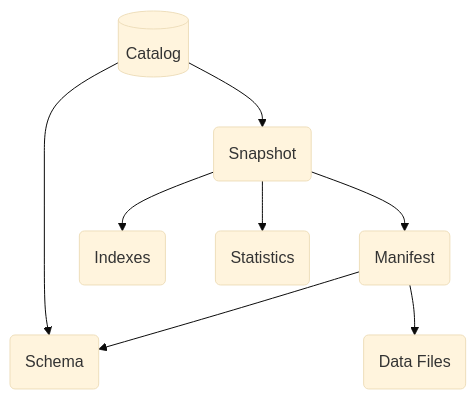
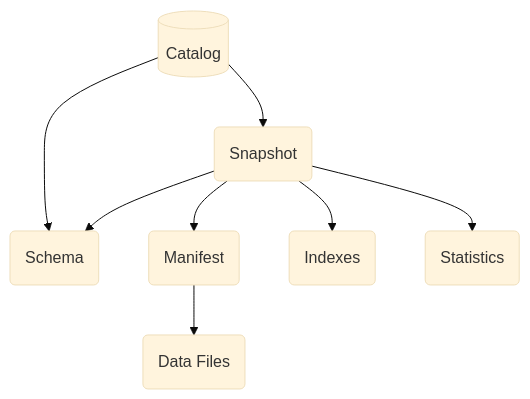
One commit to mabel-dev/tarchia changed the diagram in README.md. Above: the diagram before and after it, drawn with Mermaid (base theme). The commit also changed other lines of this file, not shown here.

```diff
--- a/README.md
+++ b/README.md
@@ -38,10 +38,10 @@
 ~~~mermaid
 flowchart TD
     CATALOG[(Catalog)] --> SNAPSHOT(Snapshot)
     CATALOG  --> SCHEMA(Schema)
-    MANIFEST --> SCHEMA
+    SNAPSHOT --> SCHEMA
     SNAPSHOT --> MANIFEST(Manifest)
     SNAPSHOT --> INDEX(Indexes)
     SNAPSHOT --> STATS(Statistics)
     MANIFEST --> DATA(Data Files)
 ~~~
```
